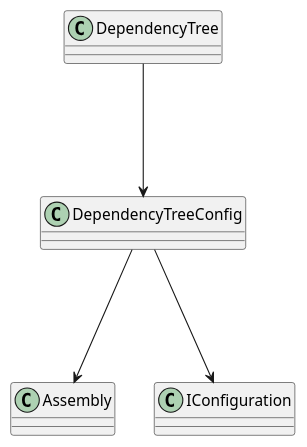
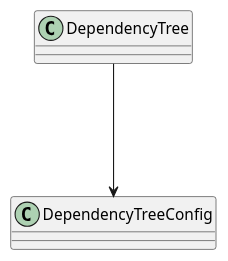
Before and after one commit to maisiesadler/lively: the diagram in example-outputs/plantuml.puml, drawn with PlantUML. The commit also changed 10 other files, not shown here.

```diff
--- a/example-outputs/plantuml.puml
+++ b/example-outputs/plantuml.puml
@@ -1,9 +1,6 @@
 @startuml
 
 class DependencyTree
 DependencyTree ---> DependencyTreeConfig
-class DependencyTreeConfig
-DependencyTreeConfig ---> Assembly
-DependencyTreeConfig ---> IConfiguration
 
 @enduml
```
